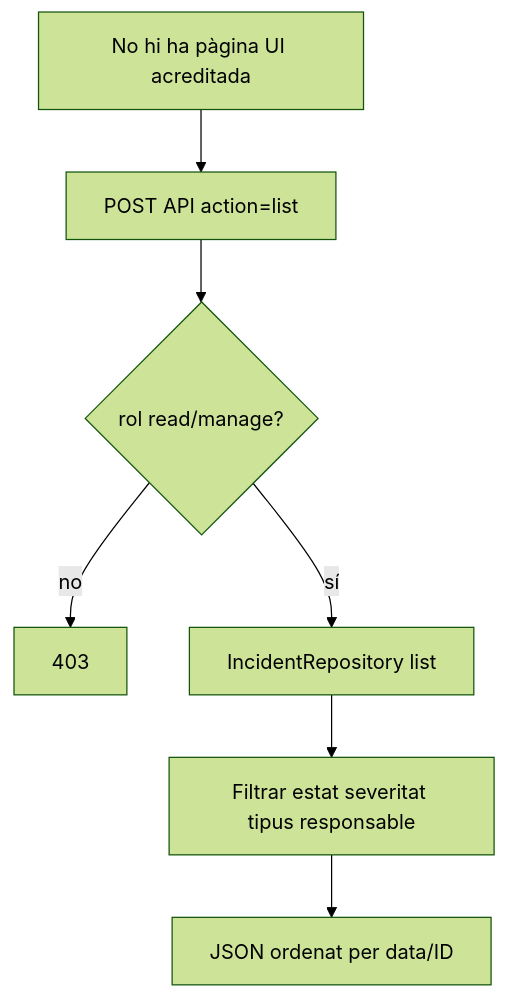
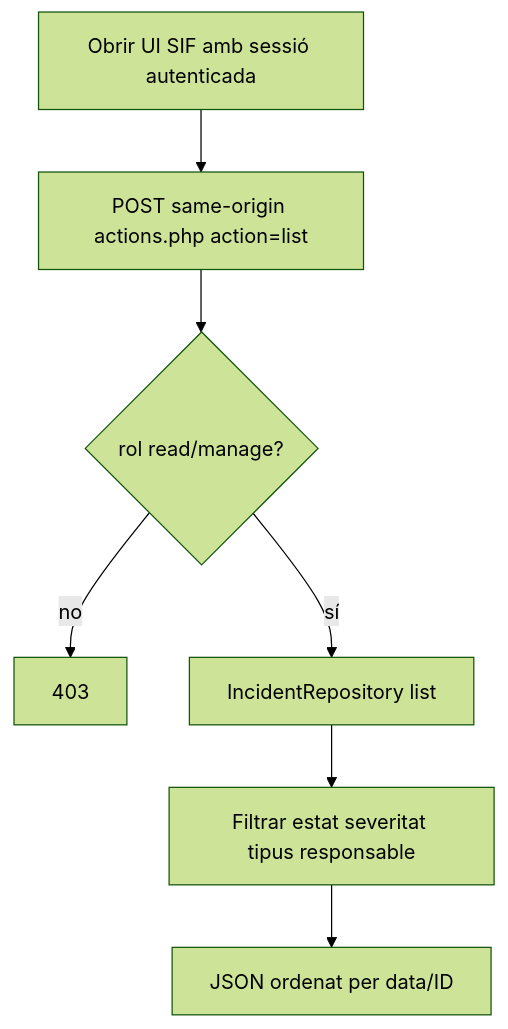
Before and after one commit to orgmeriemprismacat-del/verifactu: the first of 18 diagrams in documentacio/07-uml-integrat/uc-008-activitats-pagines-incidencies-actual-final.md, drawn with Mermaid (forest theme). The commit also changed other lines of this file, not shown here.

Commit message:
docs(uc-008): actualitzar activitats ACTUAL amb UI implementada

````diff
--- a/documentacio/07-uml-integrat/uc-008-activitats-pagines-incidencies-actual-final.md
+++ b/documentacio/07-uml-integrat/uc-008-activitats-pagines-incidencies-actual-final.md
@@ -23,9 +23,9 @@
 ```mermaid
 flowchart TD
-A[No hi ha pàgina UI acreditada] --> B[POST API action=list]
+A[Obrir UI SIF amb sessió autenticada] --> B[POST same-origin actions.php action=list]
 B --> C{rol read/manage?}
 C -->|no| D[403]
 C -->|sí| E[IncidentRepository list]
 E --> F[Filtrar estat severitat tipus responsable]
 F --> G[JSON ordenat per data/ID]
 ```
````
